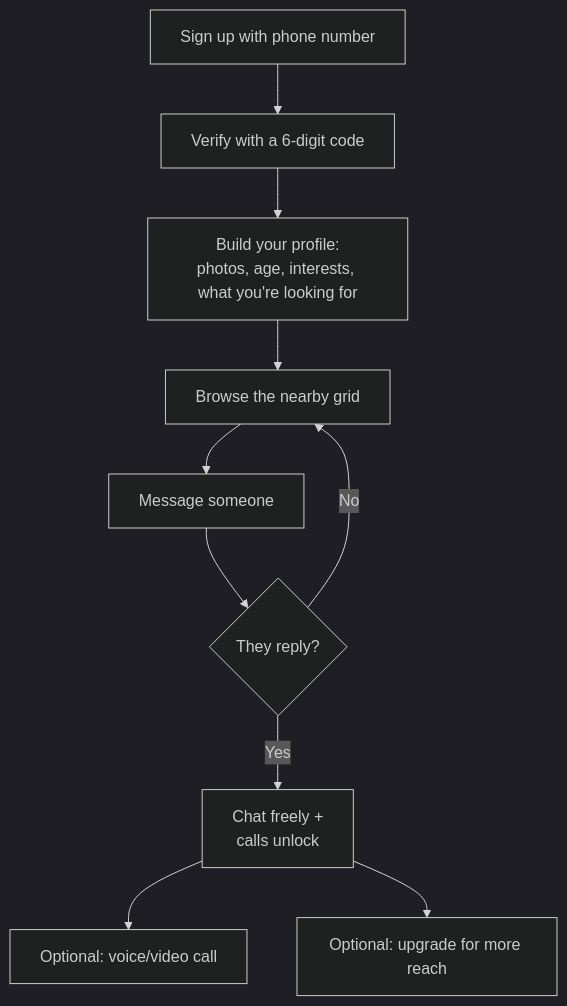
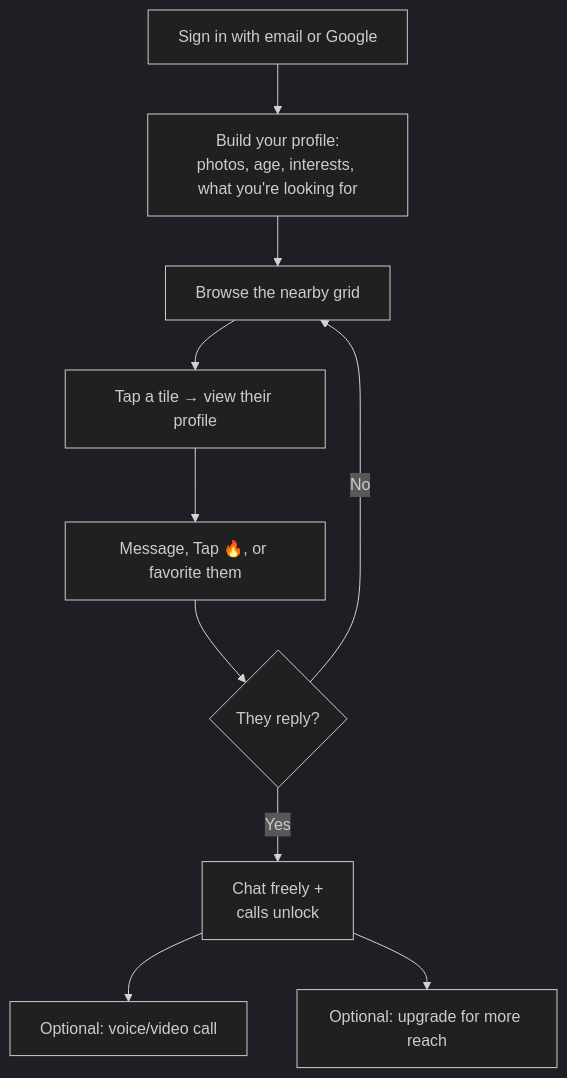
Before and after one commit to Prakash9019/Project: the second of 3 diagrams in docs/non-technical/PRODUCT_OVERVIEW.md, drawn with Mermaid (dark theme). The commit also changed other lines of this file and 59 other files, not shown here.

````diff
--- a/docs/non-technical/PRODUCT_OVERVIEW.md
+++ b/docs/non-technical/PRODUCT_OVERVIEW.md
@@ -58,12 +58,12 @@
 ```mermaid
 graph TD
-    S[Sign up with phone number] --> O[Verify with a 6-digit code]
-    O --> P[Build your profile:<br/>photos, age, interests, what you're looking for]
+    S[Sign in with email or Google] --> P[Build your profile:<br/>photos, age, interests, what you're looking for]
     P --> G[Browse the nearby grid]
-    G --> M[Message someone]
+    G --> T[Tap a tile → view their profile]
+    T --> M[Message, Tap 🔥, or favorite them]
     M --> R{They reply?}
     R -->|Yes| C[Chat freely +<br/>calls unlock]
     R -->|No| G
     C --> V[Optional: voice/video call]
     C --> U[Optional: upgrade for more reach]
 ```
````
